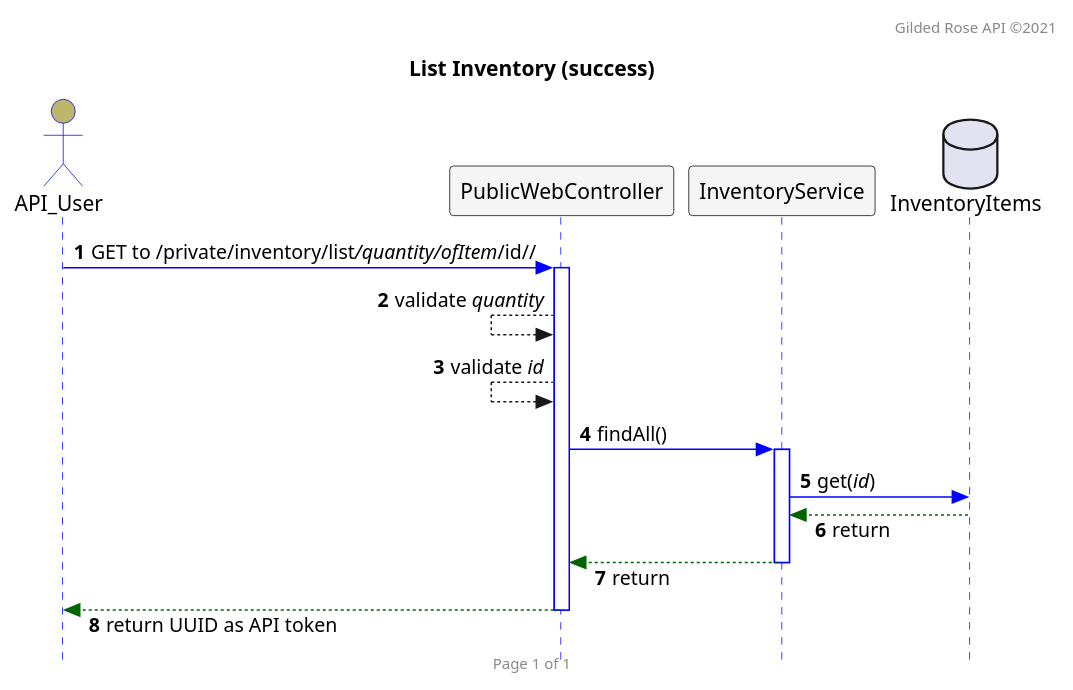
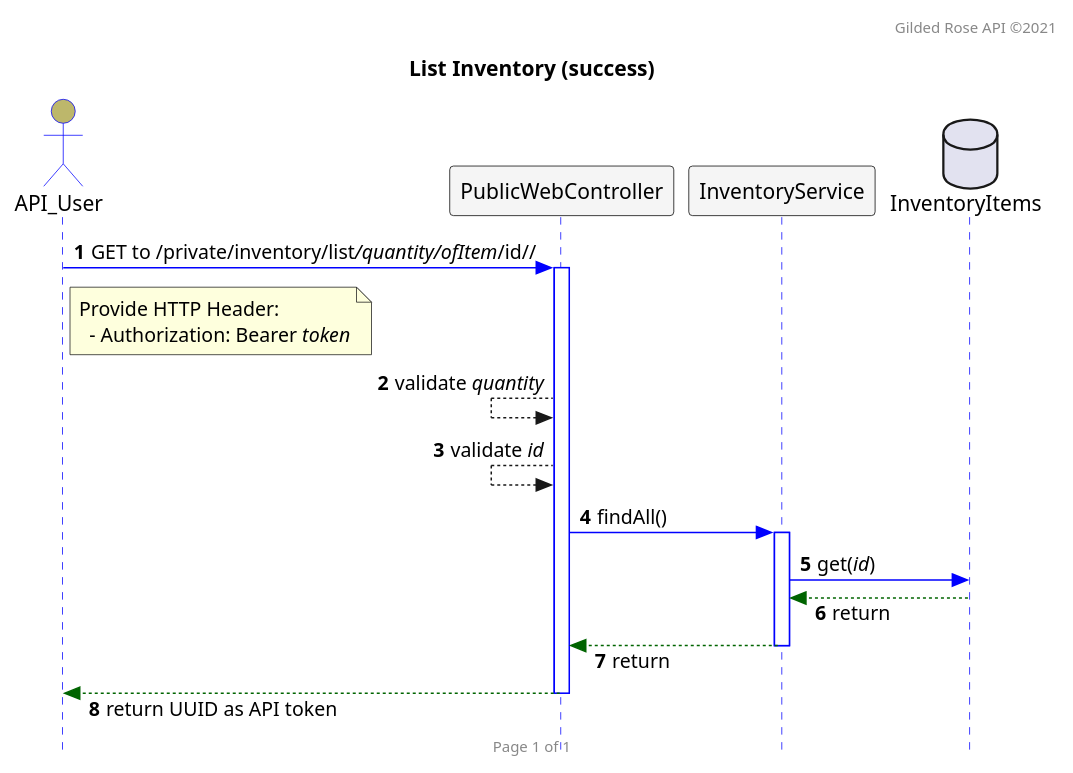
The diagram in src/main/resources/seq.list.puml (bladewheels/GildedRoseAPI), drawn with PlantUML before and after one commit.

```diff
--- a/src/main/resources/seq.list.puml
+++ b/src/main/resources/seq.list.puml
@@ -1,40 +1,44 @@
 @startuml
 
 autonumber
 header Gilded Rose API ©2021
 footer Page 1 of 1
 hide footbox
 
 skinparam responseMessageBelowArrow true
 skinparam sequence {
   ActorBackgroundColor DarkKhaki
   ActorBorderColor Blue
   DatabaseBackgroundColor Gray
   DatabaseBorderColor Black
   LifeLineBorderColor Blue
   ParticipantBackgroundColor WhiteSmoke
   ParticipantBorderColor Black
 }
 skinparam style strictuml
 
 title List Inventory (success)
 
 actor API_User
 participant PublicWebController
 participant InventoryService
 database InventoryItems
 
 API_User -[#0000FF]> PublicWebController : GET to /private/inventory/list///quantity/ofItem///id//
+note right of API_User
+ Provide HTTP Header:
+   - Authorization: Bearer //token//
+end note
 activate PublicWebController
 PublicWebController <-- PublicWebController : validate //quantity//
 PublicWebController <-- PublicWebController : validate //id//
 PublicWebController -[#0000FF]> InventoryService : findAll()
 activate InventoryService
 InventoryService -[#0000FF]> InventoryItems : get(//id//)
 InventoryService <[#DarkGreen]-- InventoryItems : return
 PublicWebController <[#DarkGreen]-- InventoryService : return
 deactivate InventoryService
 API_User <[#DarkGreen]-- PublicWebController : return UUID as API token
 deactivate PublicWebController
 
 @enduml
```
